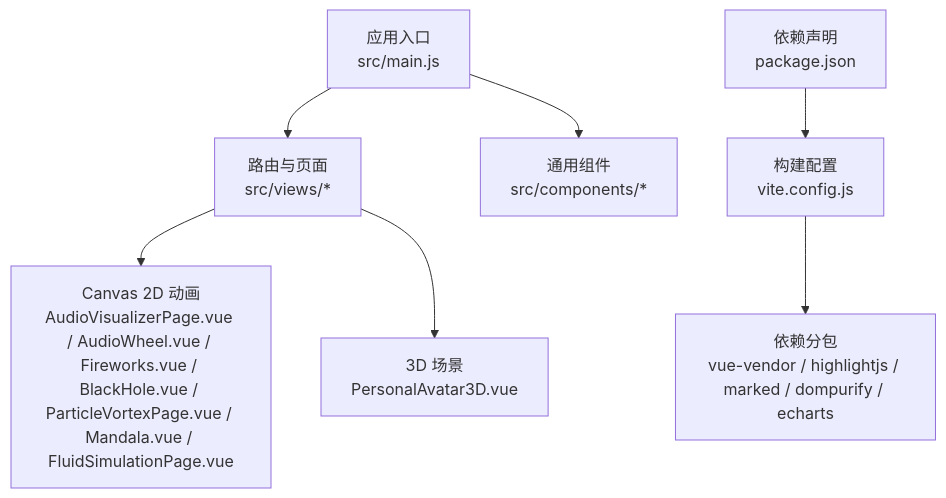
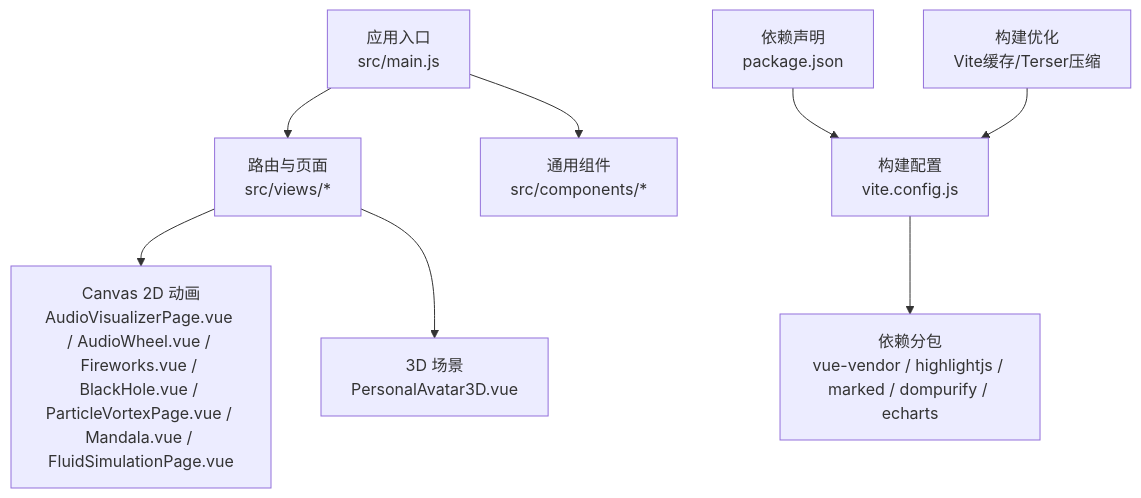
Before and after one commit to yuyezhizhi/yuyezhizhi.github.io: the first of 7 diagrams in .qoder/repowiki/zh/content/性能优化.md, drawn with Mermaid. The commit also changed other lines of this file and 9 other files, not shown here.

````diff
--- a/.qoder/repowiki/zh/content/性能优化.md
+++ b/.qoder/repowiki/zh/content/性能优化.md
@@ -44,9 +54,10 @@
 ```mermaid
 graph TB
 A["应用入口<br/>src/main.js"] --> B["路由与页面<br/>src/views/*"]
 A --> C["通用组件<br/>src/components/*"]
 B --> D["Canvas 2D 动画<br/>AudioVisualizerPage.vue / AudioWheel.vue / Fireworks.vue / BlackHole.vue / ParticleVortexPage.vue / Mandala.vue / FluidSimulationPage.vue"]
 B --> E["3D 场景<br/>PersonalAvatar3D.vue"]
 F["构建配置<br/>vite.config.js"] --> G["依赖分包<br/>vue-vendor / highlightjs / marked / dompurify / echarts"]
 H["依赖声明<br/>package.json"] --> F
+I["构建优化<br/>Vite缓存/Terser压缩"] --> F
 ```
````
